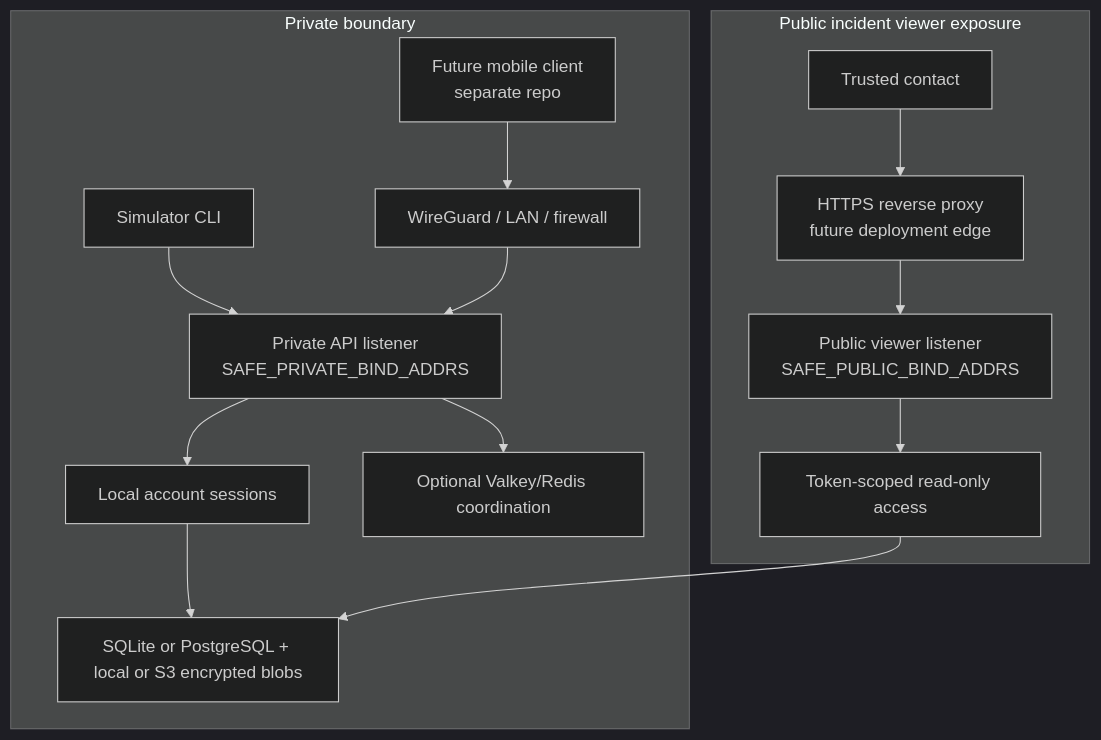
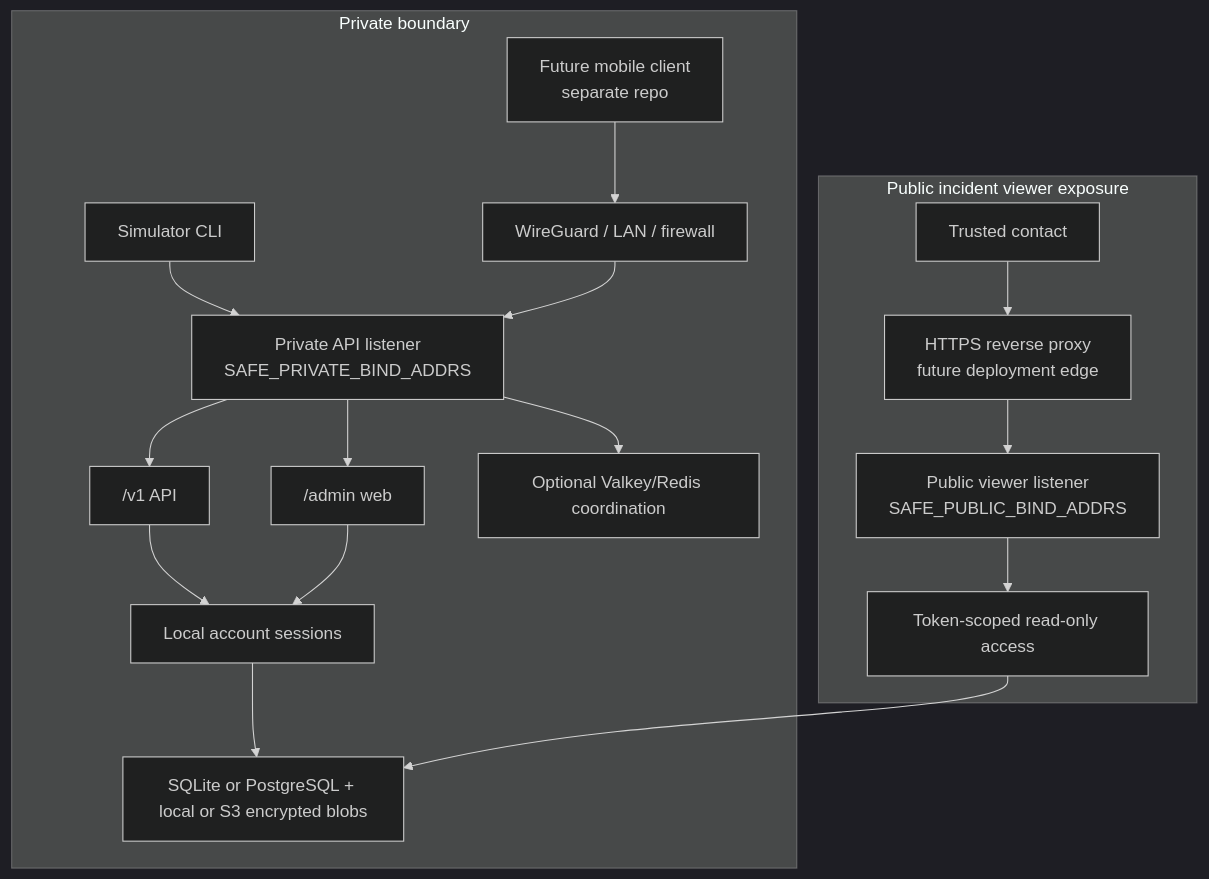
The second of 4 diagrams in docs/architecture.md (open-proofline/server), drawn with Mermaid (dark theme) before and after one commit. The commit also changed other lines of this file and 19 other files, not shown here.

Commit message:
Add private admin web interface

````diff
--- a/docs/architecture.md
+++ b/docs/architecture.md
@@ -76,18 +78,21 @@
 ```mermaid
 flowchart TB
     subgraph PrivateNetwork["Private boundary"]
         FuturePhone["Future mobile client<br/>separate repo"] --> WireGuard["WireGuard / LAN / firewall"]
         Simulator["Simulator CLI"] --> PrivateListener["Private API listener<br/>SAFE_PRIVATE_BIND_ADDRS"]
         WireGuard --> PrivateListener
-        PrivateListener --> Auth["Local account sessions"]
+        PrivateListener --> V1["/v1 API"]
+        PrivateListener --> AdminWeb["/admin web"]
+        V1 --> Auth["Local account sessions"]
+        AdminWeb --> Auth
         Auth --> Storage["SQLite or PostgreSQL + local or S3 encrypted blobs"]
         PrivateListener --> Coordination["Optional Valkey/Redis coordination"]
     end
 
     subgraph PublicEdge["Public incident viewer exposure"]
         TrustedContact["Trusted contact"] --> HTTPS["HTTPS reverse proxy<br/>future deployment edge"]
         HTTPS --> PublicListener["Public viewer listener<br/>SAFE_PUBLIC_BIND_ADDRS"]
         PublicListener --> ReadOnly["Token-scoped read-only access"]
         ReadOnly --> Storage
     end
 ```
````
